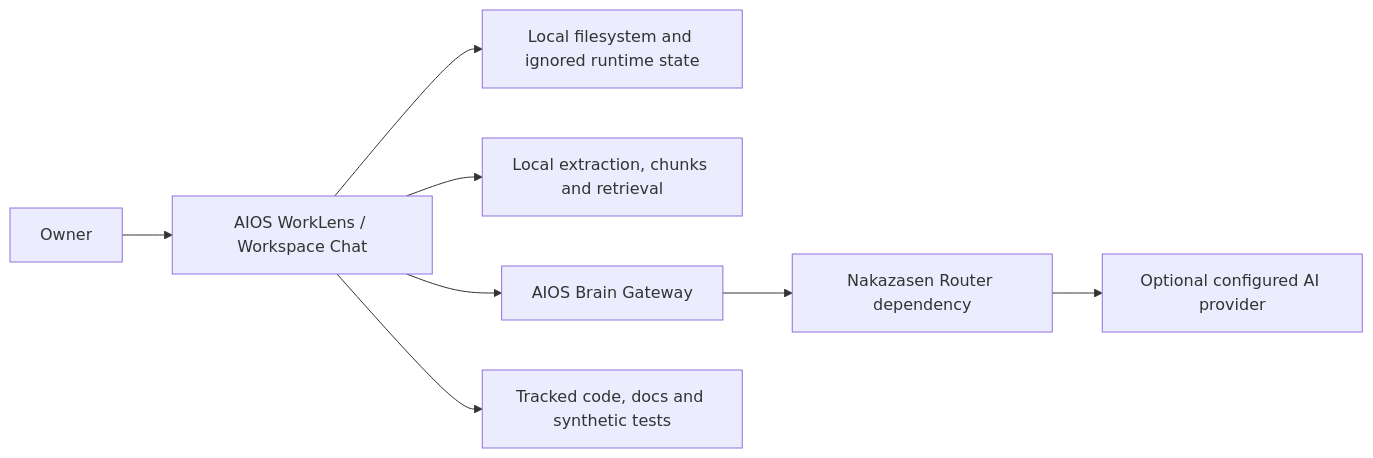
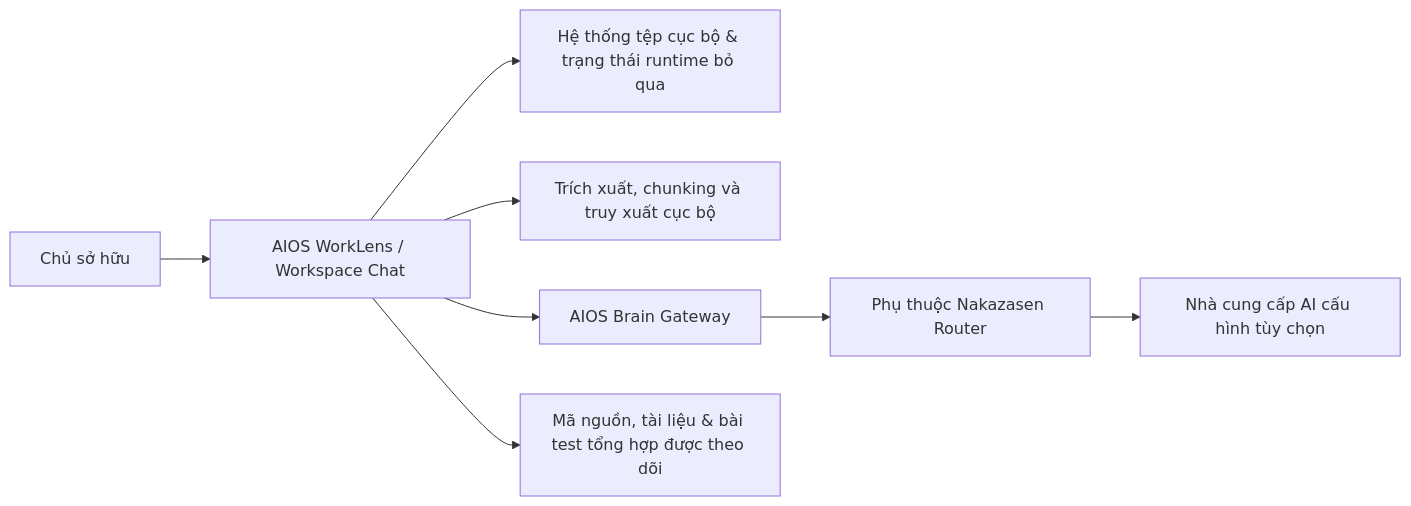
One commit to Nakazasen/AIOS_habbit changed the diagram in docs/architecture/CONTEXT.md. Above: the diagram before and after it, drawn with Mermaid. The commit also changed other lines of this file and 419 other files, not shown here.

First line of the commit message:
docs(understand): add localized knowledge graph and update documentation

````diff
--- a/docs/architecture/CONTEXT.md
+++ b/docs/architecture/CONTEXT.md
@@ -14,10 +12,10 @@
 ```mermaid
 flowchart LR
-    Owner["Owner"] --> App["AIOS WorkLens / Workspace Chat"]
-    App --> Local["Local filesystem and ignored runtime state"]
-    App --> RAG["Local extraction, chunks and retrieval"]
+    Owner["Chủ sở hữu"] --> App["AIOS WorkLens / Workspace Chat"]
+    App --> Local["Hệ thống tệp cục bộ & trạng thái runtime bỏ qua"]
+    App --> RAG["Trích xuất, chunking và truy xuất cục bộ"]
     App --> Gateway["AIOS Brain Gateway"]
-    Gateway --> Router["Nakazasen Router dependency"]
-    Router --> Provider["Optional configured AI provider"]
-    App --> Git["Tracked code, docs and synthetic tests"]
+    Gateway --> Router["Phụ thuộc Nakazasen Router"]
+    Router --> Provider["Nhà cung cấp AI cấu hình tùy chọn"]
+    App --> Git["Mã nguồn, tài liệu & bài test tổng hợp được theo dõi"]
 ```
````
